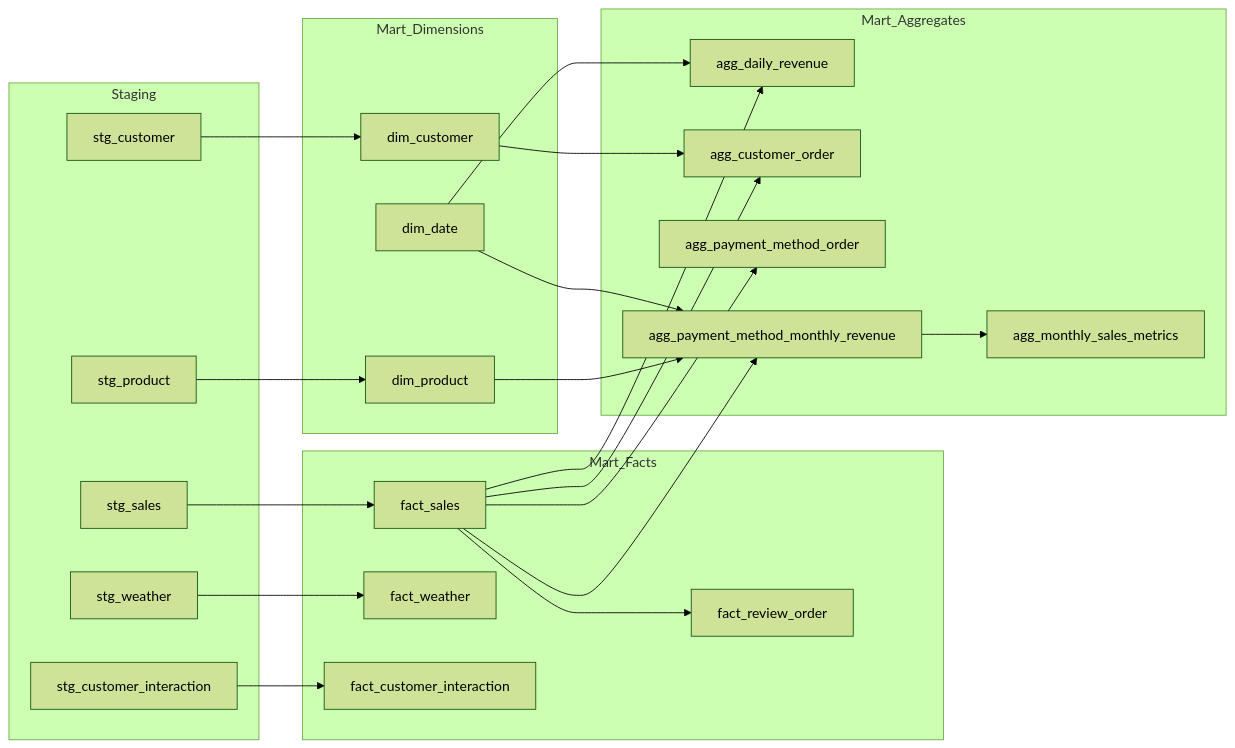
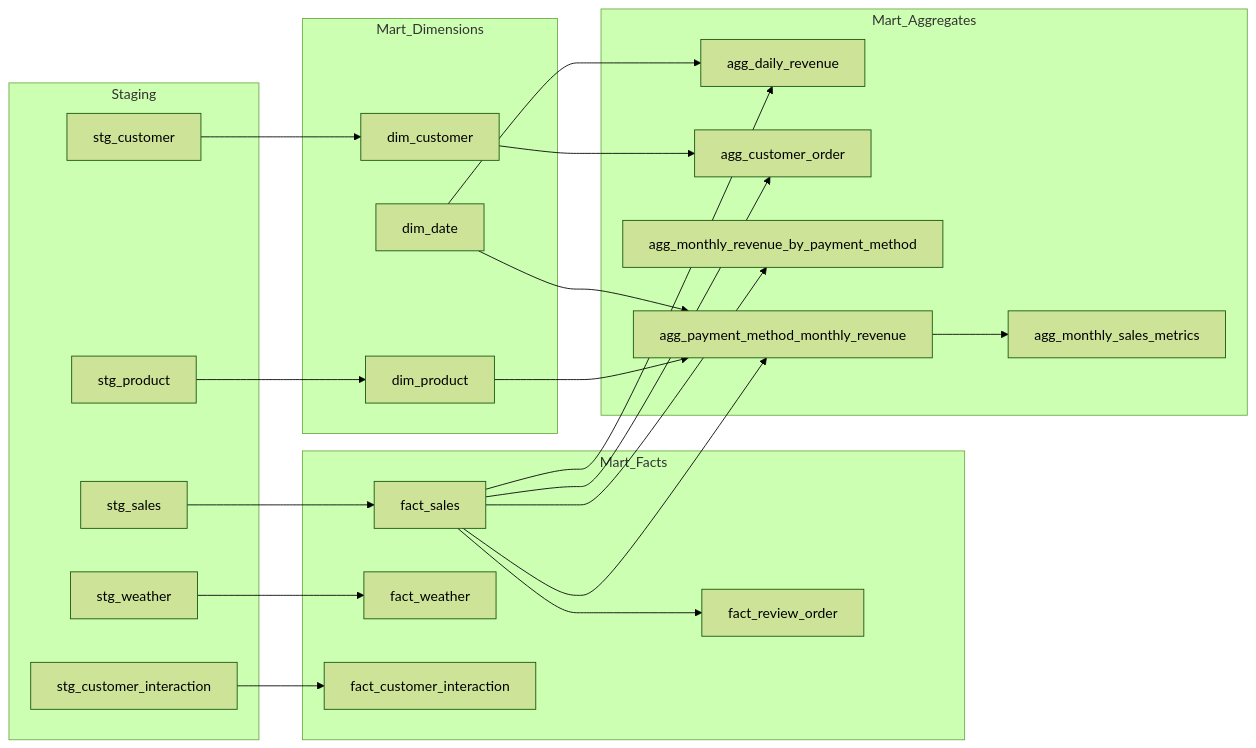
The first of 2 diagrams in docs/index.md (amit-ghosh-207/dp_sales_dbt), drawn with Mermaid (forest theme) before and after one commit. The commit also changed other lines of this file and 8 other files, not shown here.

````diff
--- a/docs/index.md
+++ b/docs/index.md
@@ -46,47 +46,47 @@
 ```mermaid
 graph LR
     subgraph Staging
         stg_sales[stg_sales]
         stg_customer[stg_customer]
         stg_product[stg_product]
         stg_weather[stg_weather]
         stg_interaction[stg_customer_interaction]
     end
 
     subgraph Mart_Dimensions
         dim_date[dim_date]
         dim_customer[dim_customer]
         dim_product[dim_product]
     end
 
     subgraph Mart_Facts
         fact_sales[fact_sales]
         fact_weather[fact_weather]
         fact_interaction[fact_customer_interaction]
         fact_review[fact_review_order]
     end
 
     subgraph Mart_Aggregates
         agg_daily[agg_daily_revenue]
         agg_cust_order[agg_customer_order]
-        agg_pay_method[agg_payment_method_order]
+        agg_pay_method[agg_monthly_revenue_by_payment_method]
         agg_pay_month[agg_payment_method_monthly_revenue]
         agg_metrics[agg_monthly_sales_metrics]
     end
 
     stg_sales --> fact_sales
     stg_customer --> dim_customer
     stg_product --> dim_product
     stg_weather --> fact_weather
     stg_interaction --> fact_interaction
     fact_sales --> fact_review
     fact_sales --> agg_daily
     dim_date --> agg_daily
     fact_sales --> agg_cust_order
     dim_customer --> agg_cust_order
     fact_sales --> agg_pay_method
     fact_sales --> agg_pay_month
     dim_product --> agg_pay_month
     dim_date --> agg_pay_month
     agg_pay_month --> agg_metrics
 ```
````
